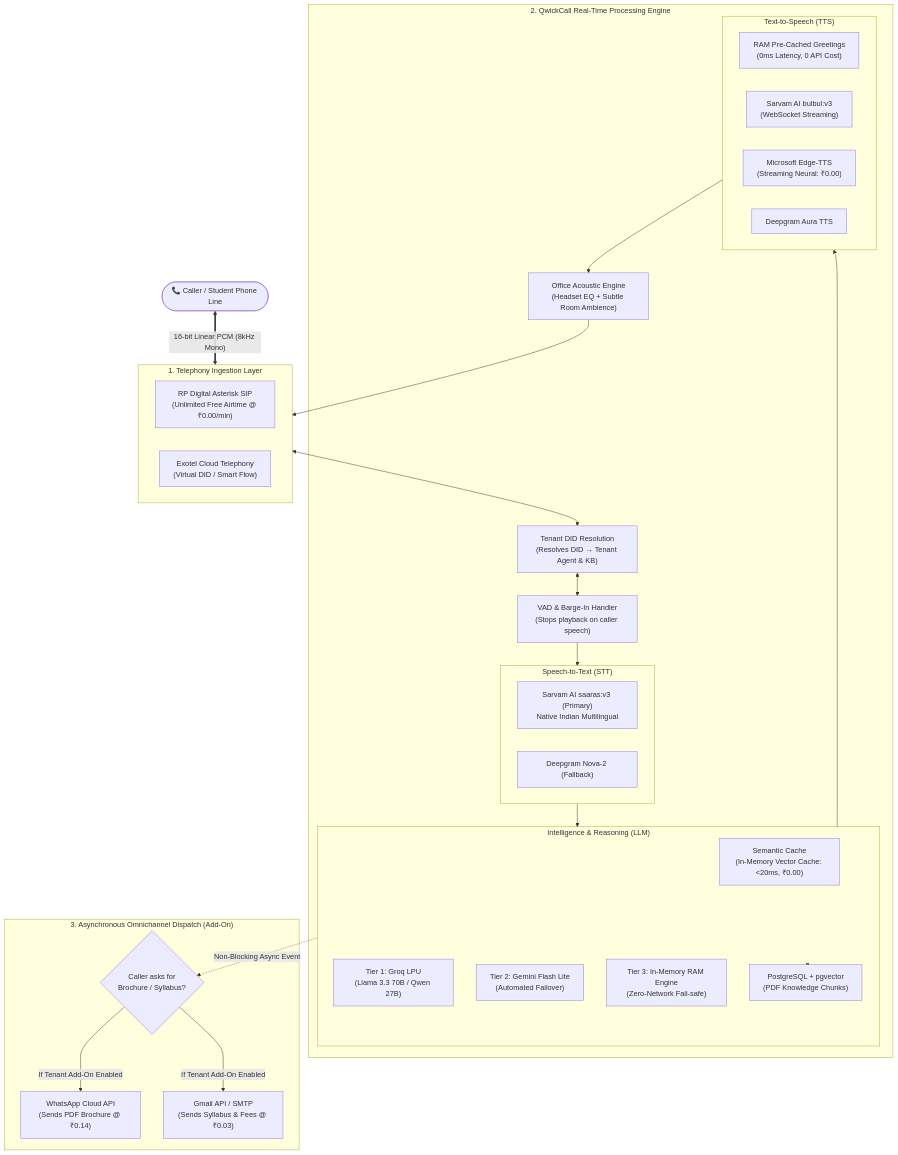
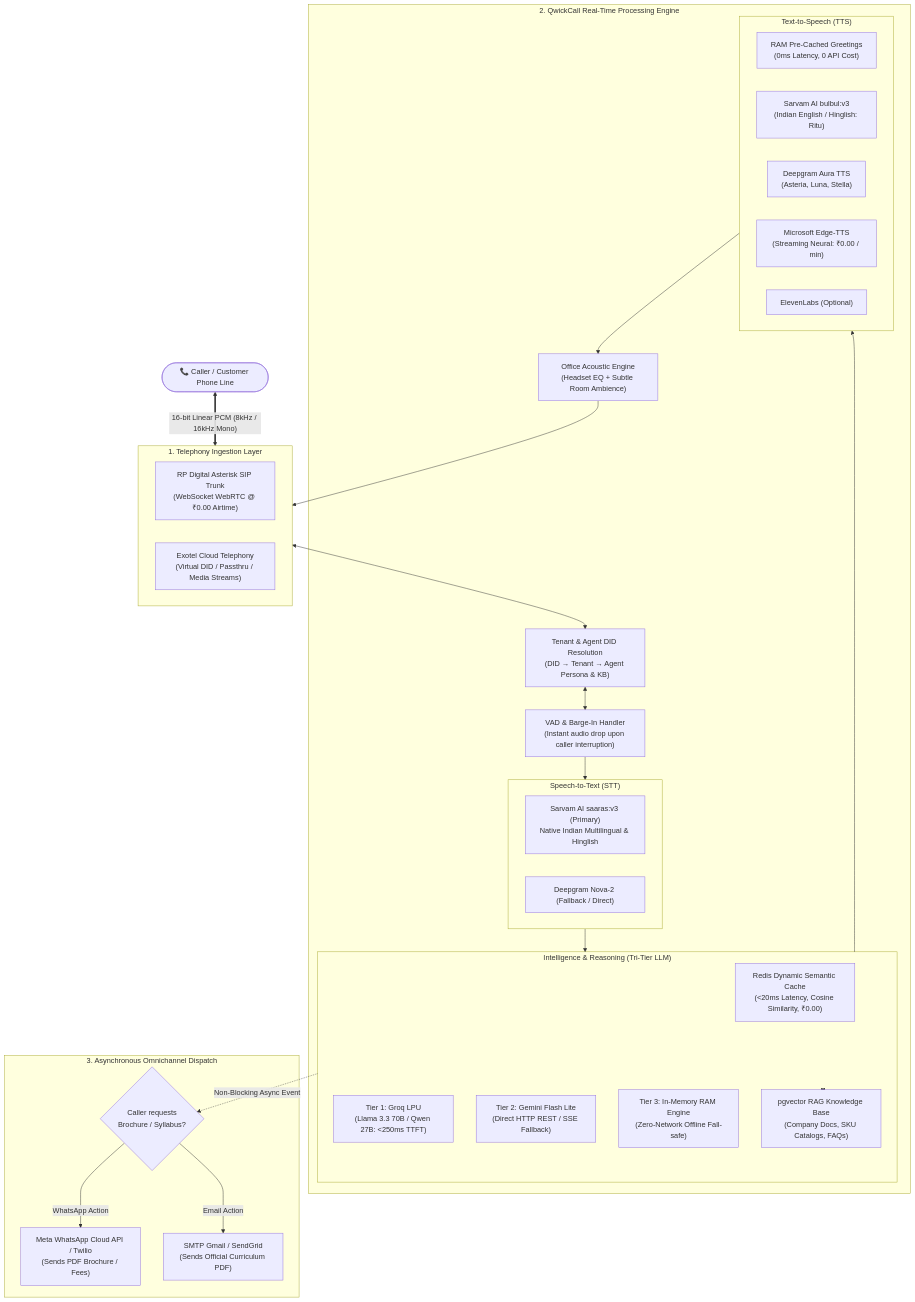
One commit to CybershieldGit/quickcall-backend changed the diagram in README.md. Above: the diagram before and after it, drawn with Mermaid. The commit also changed other lines of this file and 28 other files, not shown here.

````diff
--- a/README.md
+++ b/README.md
@@ -11,57 +17,58 @@
 ```mermaid
 flowchart TD
-    Caller([📞 Caller / Student Phone Line]) 
-    
-    subgraph Telephony ["1. Telephony Ingestion Layer"]
-        RPDigital["RP Digital Asterisk SIP<br/>(Unlimited Free Airtime @ ₹0.00/min)"]
-        Exotel["Exotel Cloud Telephony<br/>(Virtual DID / Smart Flow)"]
+    Caller([📞 Caller / Customer Phone Line])
+
+    subgraph TelephonyLayer ["1. Telephony Ingestion Layer"]
+        RPDigital["RP Digital Asterisk SIP Trunk<br/>(WebSocket WebRTC @ ₹0.00 Airtime)"]
+        Exotel["Exotel Cloud Telephony<br/>(Virtual DID / Passthru / Media Streams)"]
     end
-    
-    Caller <==>|"16-bit Linear PCM (8kHz Mono)"| Telephony
-    
+
+    Caller <==>|"16-bit Linear PCM (8kHz / 16kHz Mono)"| TelephonyLayer
+
     subgraph CoreEngine ["2. QwickCall Real-Time Processing Engine"]
-        DIDRouter["Tenant DID Resolution<br/>(Resolves DID → Tenant Agent & KB)"]
-        VAD["VAD & Barge-In Handler<br/>(Stops playback on caller speech)"]
+        DIDRouter["Tenant & Agent DID Resolution<br/>(DID → Tenant → Agent Persona & KB)"]
+        VAD["VAD & Barge-In Handler<br/>(Instant audio drop upon caller interruption)"]
         
-        subgraph STT ["Speech-to-Text (STT)"]
-            SarvamSTT["Sarvam AI saaras:v3 (Primary)<br/>Native Indian Multilingual"]
-            DeepgramSTT["Deepgram Nova-2 (Fallback)"]
+        subgraph STTLayer ["Speech-to-Text (STT)"]
+            SarvamSTT["Sarvam AI saaras:v3 (Primary)<br/>Native Indian Multilingual & Hinglish"]
+            DeepgramSTT["Deepgram Nova-2 (Fallback / Direct)"]
         end
-        
-        subgraph Brain ["Intelligence & Reasoning (LLM)"]
-            Cache["Semantic Cache<br/>(In-Memory Vector Cache: <20ms, ₹0.00)"]
-            GroqLLM["Tier 1: Groq LPU<br/>(Llama 3.3 70B / Qwen 27B)"]
-            GeminiLLM["Tier 2: Gemini Flash Lite<br/>(Automated Failover)"]
-            RAMLLM["Tier 3: In-Memory RAM Engine<br/>(Zero-Network Fail-safe)"]
-            RAG["PostgreSQL + pgvector<br/>(PDF Knowledge Chunks)"]
+
+        subgraph BrainLayer ["Intelligence & Reasoning (Tri-Tier LLM)"]
+            Cache["Redis Dynamic Semantic Cache<br/>(&lt;20ms Latency, Cosine Similarity, ₹0.00)"]
+            GroqLLM["Tier 1: Groq LPU<br/>(Llama 3.3 70B / Qwen 27B: &lt;250ms TTFT)"]
+            GeminiLLM["Tier 2: Gemini Flash Lite<br/>(Direct HTTP REST / SSE Fallback)"]
+            RAMLLM["Tier 3: In-Memory RAM Engine<br/>(Zero-Network Offline Fall-safe)"]
+            RAG["pgvector RAG Knowledge Base<br/>(Company Docs, SKU Catalogs, FAQs)"]
         end
-        
-        subgraph TTS ["Text-to-Speech (TTS)"]
+
+        subgraph TTSLayer ["Text-to-Speech (TTS)"]
             RAMCache["RAM Pre-Cached Greetings<br/>(0ms Latency, 0 API Cost)"]
-            SarvamTTS["Sarvam AI bulbul:v3<br/>(WebSocket Streaming)"]
-            EdgeTTS["Microsoft Edge-TTS<br/>(Streaming Neural: ₹0.00)"]
-            AuraTTS["Deepgram Aura TTS"]
+            SarvamTTS["Sarvam AI bulbul:v3<br/>(Indian English / Hinglish: Ritu)"]
+            DeepgramTTS["Deepgram Aura TTS<br/>(Asteria, Luna, Stella)"]
+            EdgeTTS["Microsoft Edge-TTS<br/>(Streaming Neural: ₹0.00 / min)"]
+            ElevenLabsTTS["ElevenLabs (Optional)"]
         end
-        
+
         Acoustics["Office Acoustic Engine<br/>(Headset EQ + Subtle Room Ambience)"]
     end
-    
-    Telephony <--> DIDRouter
+
+    TelephonyLayer <--> DIDRouter
     DIDRouter <--> VAD
-    VAD --> STT
-    STT --> Brain
-    Brain <--> RAG
-    Brain --> TTS
-    TTS --> Acoustics
-    Acoustics --> Telephony
+    VAD --> STTLayer
+    STTLayer --> BrainLayer
+    BrainLayer <--> RAG
+    BrainLayer --> TTSLayer
+    TTSLayer --> Acoustics
+    Acoustics --> TelephonyLayer
 
-    subgraph AddonLayer ["3. Asynchronous Omnichannel Dispatch (Add-On)"]
-        IntentCheck{"Caller asks for<br/>Brochure / Syllabus?"}
-        MetaWA["WhatsApp Cloud API<br/>(Sends PDF Brochure @ ₹0.14)"]
-        GmailAPI["Gmail API / SMTP<br/>(Sends Syllabus & Fees @ ₹0.03)"]
+    subgraph AddonLayer ["3. Asynchronous Omnichannel Dispatch"]
+        IntentCheck{"Caller requests<br/>Brochure / Syllabus?"}
+        MetaWA["Meta WhatsApp Cloud API / Twilio<br/>(Sends PDF Brochure / Fees)"]
+        EmailSMTP["SMTP Gmail / SendGrid<br/>(Sends Official Curriculum PDF)"]
     end
-    
-    Brain -.->|Non-Blocking Async Event| IntentCheck
-    IntentCheck -->|If Tenant Add-On Enabled| MetaWA
-    IntentCheck -->|If Tenant Add-On Enabled| GmailAPI
+
+    BrainLayer -.->|Non-Blocking Async Event| IntentCheck
+    IntentCheck -->|WhatsApp Action| MetaWA
+    IntentCheck -->|Email Action| EmailSMTP
 ```
````
